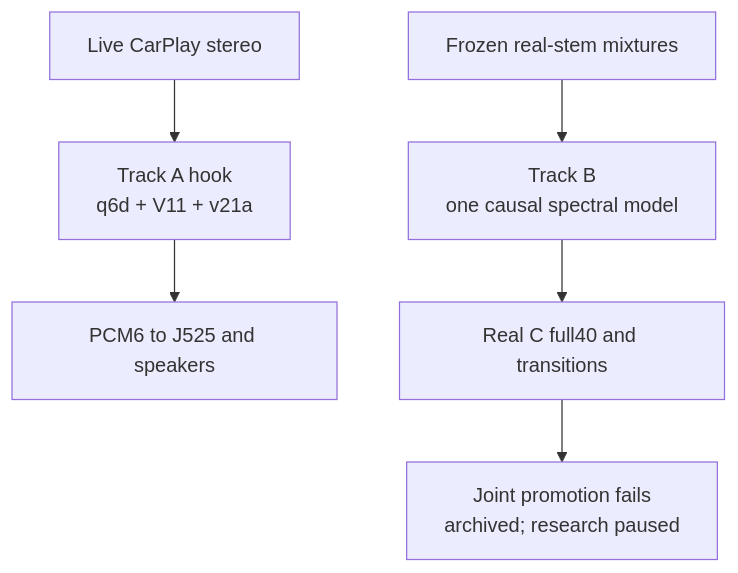
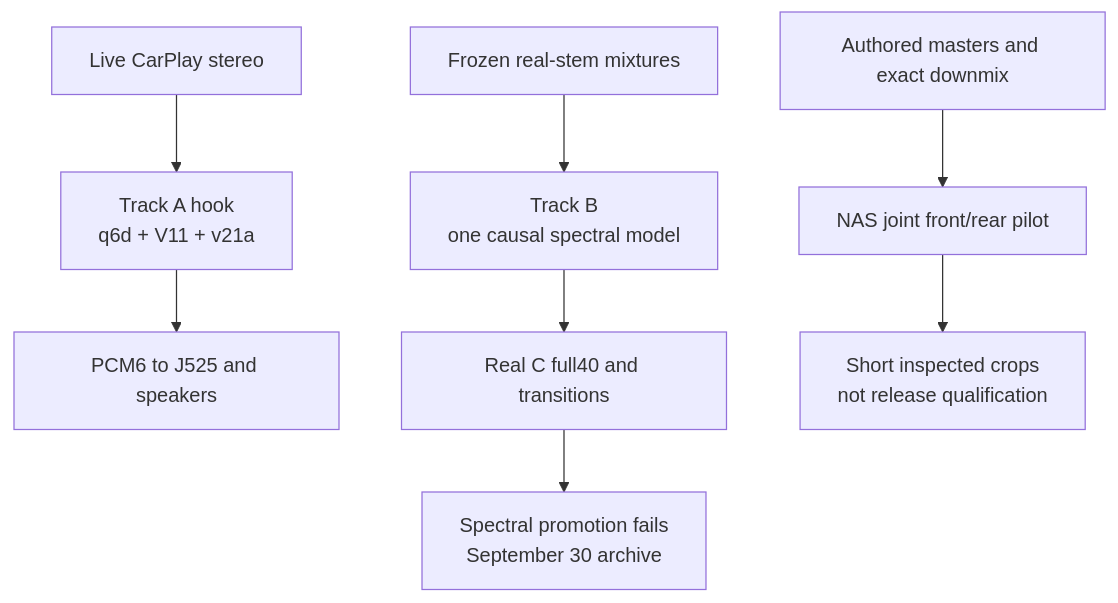
The first of 2 diagrams in docs/audio/README.md (luka-dev/mib2q-carplay-rgi), drawn with Mermaid before and after one commit. The commit also changed other lines of this file and 7 other files, not shown here.

Commit message:
feat(audio): record finite joint front-rear NAS pilot and failed rear fitting

````diff
--- a/docs/audio/README.md
+++ b/docs/audio/README.md
@@ -17,10 +17,12 @@
 ```mermaid
 flowchart TB
   accTitle: Audio production and research map
-  accDescr: Live CarPlay uses the three-model Track A hook and the cabin amplifier. Track B feeds offline real-C qualification, whose failed result is archived without a deployment transition.
+  accDescr: Live CarPlay uses the three-model Track A hook and cabin amplifier. The failed spectral Track B result remains archived; a separate owner-resumed authored front and rear fitting pilot runs on NAS without a deployment transition.
   carplay_stereo["Live CarPlay stereo"] --> deployed_track_a["Track A hook<br/>q6d + V11 + v21a"]
   deployed_track_a --> cabin_chain["PCM6 to J525 and speakers"]
   fixed_stereo["Frozen real-stem mixtures"] --> research_track_b["Track B<br/>one causal spectral model"]
   research_track_b --> offline_qualification["Real C full40 and transitions"]
-  offline_qualification --> paused_verdict["Joint promotion fails<br/>archived; research paused"]
+  offline_qualification --> paused_verdict["Spectral promotion fails<br/>September 30 archive"]
+  authored_targets["Authored masters and exact downmix"] --> joint_scene_pilot["NAS joint front/rear pilot"]
+  joint_scene_pilot --> fitting_screen["Short inspected crops<br/>not release qualification"]
 ```
````
